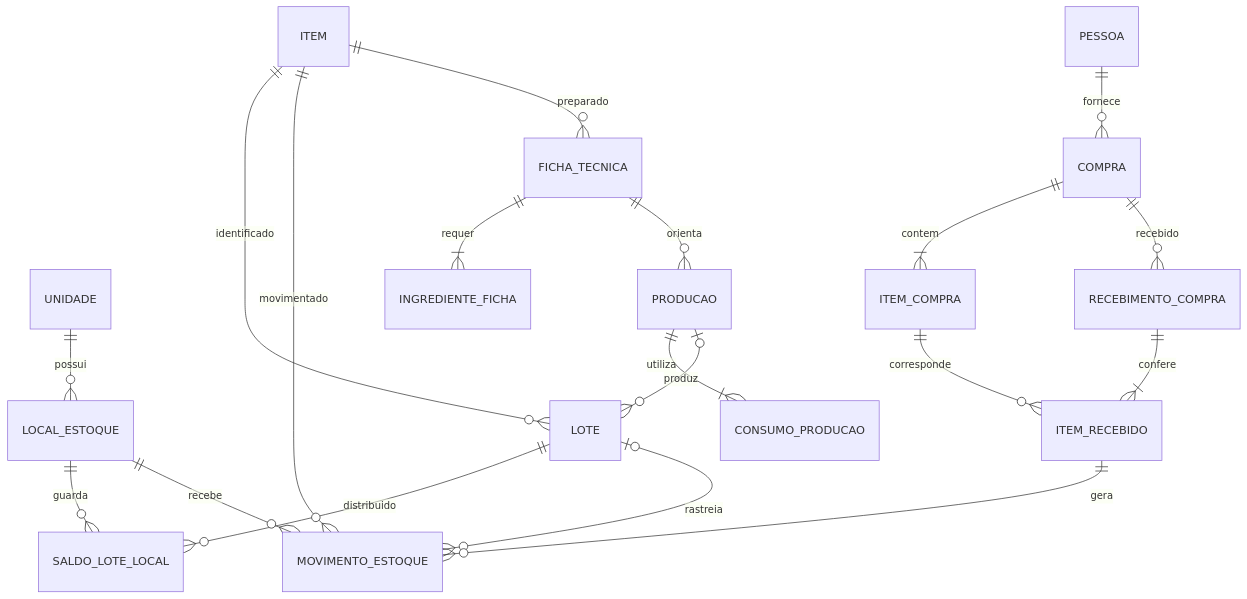
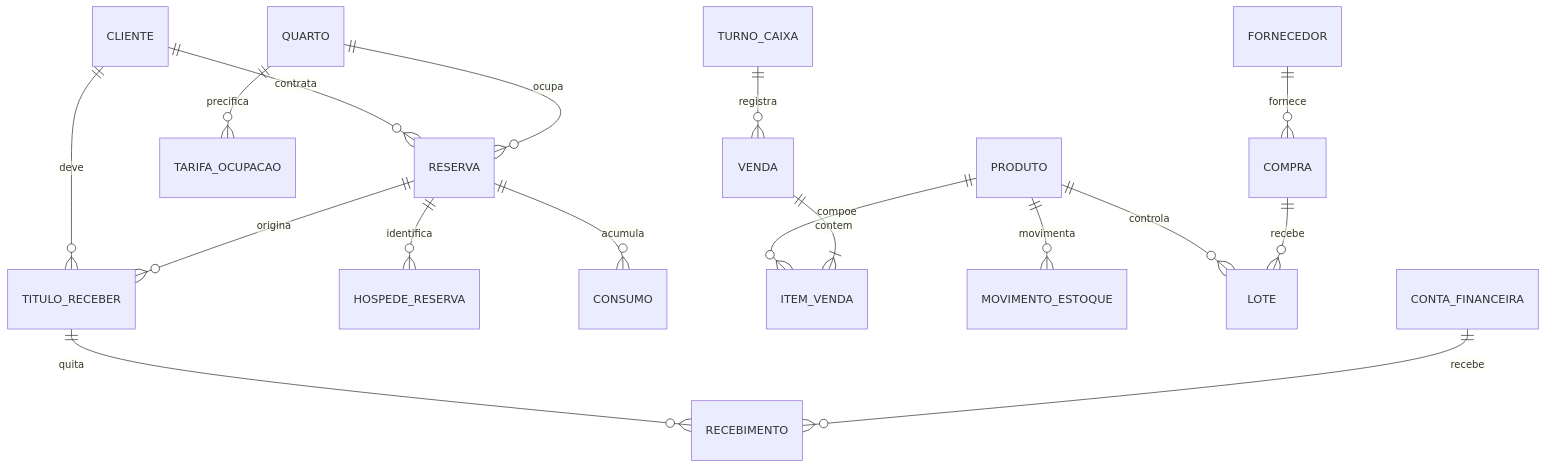
The diagram in docs/REQUISITOS_E_MODELAGEM_ERP.md (GuiMayer/erp-pousada), drawn with Mermaid before and after one commit. The commit also changed other lines of this file and 4 other files, not shown here.

```diff
--- a/docs/REQUISITOS_E_MODELAGEM_ERP.md
+++ b/docs/REQUISITOS_E_MODELAGEM_ERP.md
@@ -420,21 +49,19 @@
 ~~~mermaid
 erDiagram
-    UNIDADE ||--o{ LOCAL_ESTOQUE : possui
-    ITEM ||--o{ LOTE : identificado
-    LOTE ||--o{ SALDO_LOTE_LOCAL : distribuido
-    LOCAL_ESTOQUE ||--o{ SALDO_LOTE_LOCAL : guarda
-    ITEM ||--o{ MOVIMENTO_ESTOQUE : movimentado
-    LOCAL_ESTOQUE ||--o{ MOVIMENTO_ESTOQUE : recebe
-    LOTE o|--o{ MOVIMENTO_ESTOQUE : rastreia
-    PESSOA ||--o{ COMPRA : fornece
-    COMPRA ||--|{ ITEM_COMPRA : contem
-    COMPRA ||--o{ RECEBIMENTO_COMPRA : recebido
-    RECEBIMENTO_COMPRA ||--|{ ITEM_RECEBIDO : confere
-    ITEM_COMPRA ||--o{ ITEM_RECEBIDO : corresponde
-    ITEM_RECEBIDO ||--o{ MOVIMENTO_ESTOQUE : gera
-    ITEM ||--o{ FICHA_TECNICA : preparado
-    FICHA_TECNICA ||--|{ INGREDIENTE_FICHA : requer
-    FICHA_TECNICA ||--o{ PRODUCAO : orienta
-    PRODUCAO ||--|{ CONSUMO_PRODUCAO : utiliza
-    PRODUCAO o|--o{ LOTE : produz
+  CLIENTE ||--o{ RESERVA : contrata
+  CLIENTE ||--o{ TITULO_RECEBER : deve
+  QUARTO ||--o{ RESERVA : ocupa
+  QUARTO ||--o{ TARIFA_OCUPACAO : precifica
+  RESERVA ||--o{ HOSPEDE_RESERVA : identifica
+  RESERVA ||--o{ CONSUMO : acumula
+  RESERVA ||--o{ TITULO_RECEBER : origina
+  PRODUTO ||--o{ ITEM_VENDA : compoe
+  PRODUTO ||--o{ MOVIMENTO_ESTOQUE : movimenta
+  PRODUTO ||--o{ LOTE : controla
+  FORNECEDOR ||--o{ COMPRA : fornece
+  COMPRA ||--o{ LOTE : recebe
+  VENDA ||--|{ ITEM_VENDA : contem
+  TITULO_RECEBER ||--o{ RECEBIMENTO : quita
+  CONTA_FINANCEIRA ||--o{ RECEBIMENTO : recebe
+  TURNO_CAIXA ||--o{ VENDA : registra
 ~~~
```
